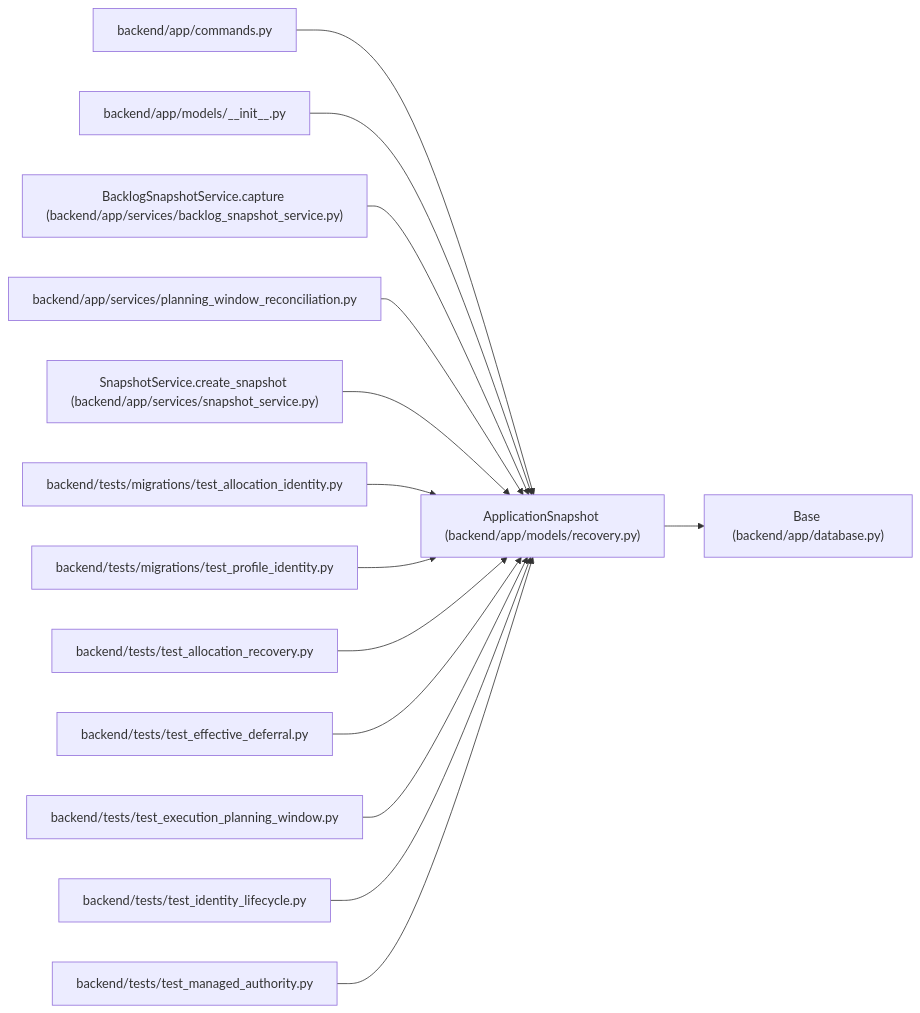
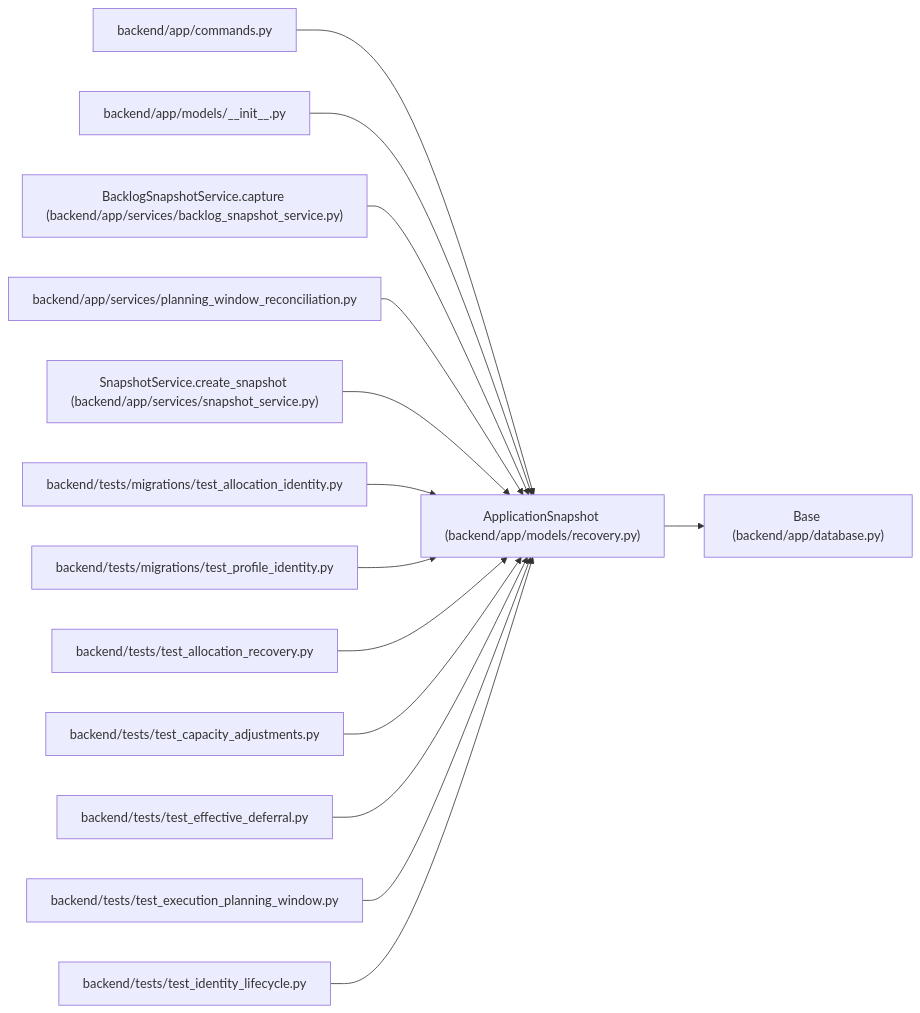
One commit to Denissvgn/WorkChord changed the diagram in docs/llm_wiki/entities/ApplicationSnapshot.md. Above: the diagram before and after it, drawn with Mermaid. The commit also changed other lines of this file and 1817 other files, not shown here.

First line of the commit message:
Refresh the architectural wiki for the 1.9.0 changes

````diff
--- a/docs/llm_wiki/entities/ApplicationSnapshot.md
+++ b/docs/llm_wiki/entities/ApplicationSnapshot.md
@@ -37,44 +37,44 @@
 ```mermaid
 flowchart LR
     n0["ApplicationSnapshot (backend/app/models/recovery.py)"]
     n1["Base (backend/app/database.py)"]
     n2["backend/app/commands.py"]
     n3["backend/app/models/__init__.py"]
     n4["BacklogSnapshotService.capture (backend/app/services/backlog_snapshot_service.py)"]
     n5["backend/app/services/planning_window_reconciliation.py"]
     n6["SnapshotService.create_snapshot (backend/app/services/snapshot_service.py)"]
     n7["backend/tests/migrations/test_allocation_identity.py"]
     n8["backend/tests/migrations/test_profile_identity.py"]
     n9["backend/tests/test_allocation_recovery.py"]
-    n10["backend/tests/test_effective_deferral.py"]
-    n11["backend/tests/test_execution_planning_window.py"]
-    n12["backend/tests/test_identity_lifecycle.py"]
-    n13["backend/tests/test_managed_authority.py"]
+    n10["backend/tests/test_capacity_adjustments.py"]
+    n11["backend/tests/test_effective_deferral.py"]
+    n12["backend/tests/test_execution_planning_window.py"]
+    n13["backend/tests/test_identity_lifecycle.py"]
     n0 --> n1
     n2 --> n0
     n3 --> n0
     n4 --> n0
     n5 --> n0
     n6 --> n0
     n7 --> n0
     n8 --> n0
     n9 --> n0
     n10 --> n0
     n11 --> n0
     n12 --> n0
     n13 --> n0
     click n0 "../modules/recovery.md"
     click n1 "../modules/app_database.md"
     click n2 "../modules/commands.md"
     click n3 "../modules/models___init__.md"
     click n4 "../modules/backlog_snapshot_service.md"
     click n5 "../modules/planning_window_reconciliation.md"
     click n6 "../modules/snapshot_service.md"
     click n7 "../modules/test_allocation_identity.md"
     click n8 "../modules/test_profile_identity.md"
     click n9 "../modules/test_allocation_recovery.md"
-    click n10 "../modules/test_effective_deferral.md"
-    click n11 "../modules/test_execution_planning_window.md"
-    click n12 "../modules/test_identity_lifecycle.md"
-    click n13 "../modules/test_managed_authority.md"
+    click n10 "../modules/test_capacity_adjustments.md"
+    click n11 "../modules/test_effective_deferral.md"
+    click n12 "../modules/test_execution_planning_window.md"
+    click n13 "../modules/test_identity_lifecycle.md"
 ```
````
